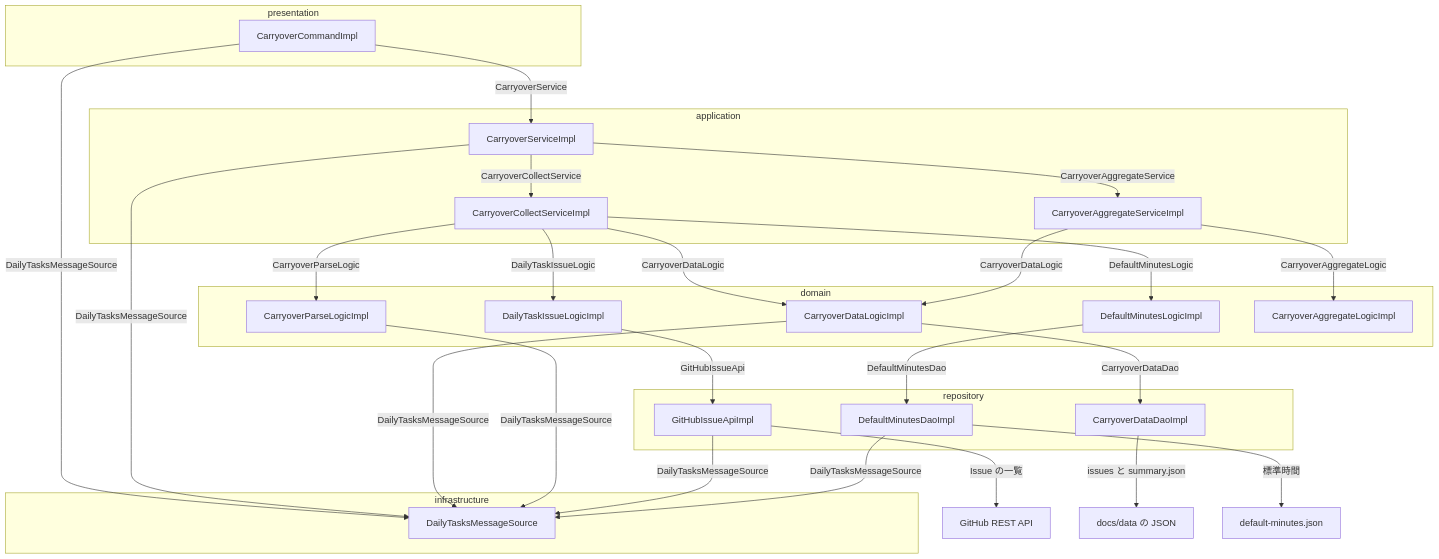
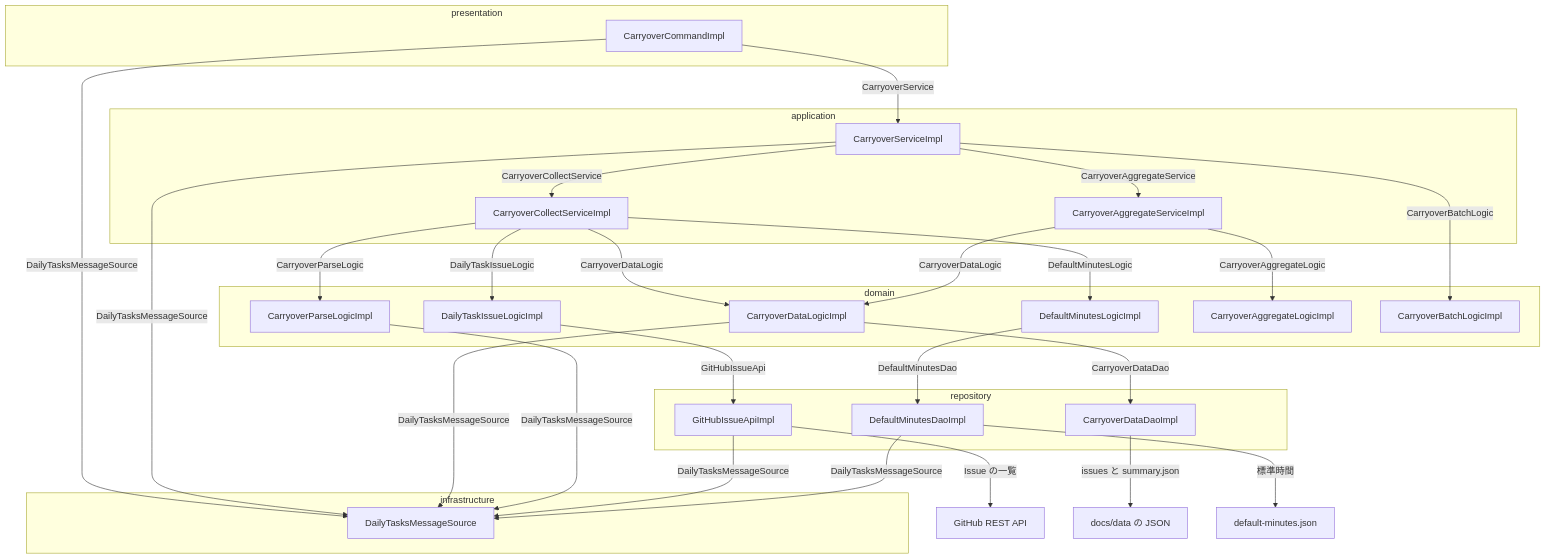
Before and after one commit to KenichiroArai/kb002_daily-tasks_doc: the third of 3 diagrams in docs/design/backend/01-architecture.md, drawn with Mermaid. The commit also changed other lines of this file and 3 other files, not shown here.

First line of the commit message:
#3 索引の単位分割を CarryoverBatchLogic に切り出した設計へ合わせる

````diff
--- a/docs/design/backend/01-architecture.md
+++ b/docs/design/backend/01-architecture.md
@@ -103,51 +103,53 @@
 ```mermaid
 flowchart TB
   subgraph presentationLayer [presentation]
     command["CarryoverCommandImpl"]
   end
   subgraph applicationLayer [application]
     service["CarryoverServiceImpl"]
     collect["CarryoverCollectServiceImpl"]
     aggregate["CarryoverAggregateServiceImpl"]
   end
   subgraph domainLayer [domain]
     issueLogic["DailyTaskIssueLogicImpl"]
     minutesLogic["DefaultMinutesLogicImpl"]
     dataLogic["CarryoverDataLogicImpl"]
     parseLogic["CarryoverParseLogicImpl"]
     aggregateLogic["CarryoverAggregateLogicImpl"]
+    batchLogic["CarryoverBatchLogicImpl"]
   end
   subgraph repositoryLayer [repository]
     githubApi["GitHubIssueApiImpl"]
     dataDao["CarryoverDataDaoImpl"]
     minutesDao["DefaultMinutesDaoImpl"]
   end
   subgraph infrastructureLayer [infrastructure]
     message["DailyTasksMessageSource"]
   end
   githubRest["GitHub REST API"]
   jsonFiles["docs/data の JSON"]
   minutesFile["default-minutes.json"]
 
   command -->|"CarryoverService"| service
   service -->|"CarryoverCollectService"| collect
   service -->|"CarryoverAggregateService"| aggregate
+  service -->|"CarryoverBatchLogic"| batchLogic
   collect -->|"DailyTaskIssueLogic"| issueLogic
   collect -->|"DefaultMinutesLogic"| minutesLogic
   collect -->|"CarryoverDataLogic"| dataLogic
   collect -->|"CarryoverParseLogic"| parseLogic
   aggregate -->|"CarryoverAggregateLogic"| aggregateLogic
   aggregate -->|"CarryoverDataLogic"| dataLogic
   issueLogic -->|"GitHubIssueApi"| githubApi
   minutesLogic -->|"DefaultMinutesDao"| minutesDao
   dataLogic -->|"CarryoverDataDao"| dataDao
   command -->|"DailyTasksMessageSource"| message
   service -->|"DailyTasksMessageSource"| message
   dataLogic -->|"DailyTasksMessageSource"| message
   parseLogic -->|"DailyTasksMessageSource"| message
   githubApi -->|"DailyTasksMessageSource"| message
   minutesDao -->|"DailyTasksMessageSource"| message
   githubApi -->|"Issue の一覧"| githubRest
   dataDao -->|"issues と summary.json"| jsonFiles
   minutesDao -->|"標準時間"| minutesFile
 ```
````
